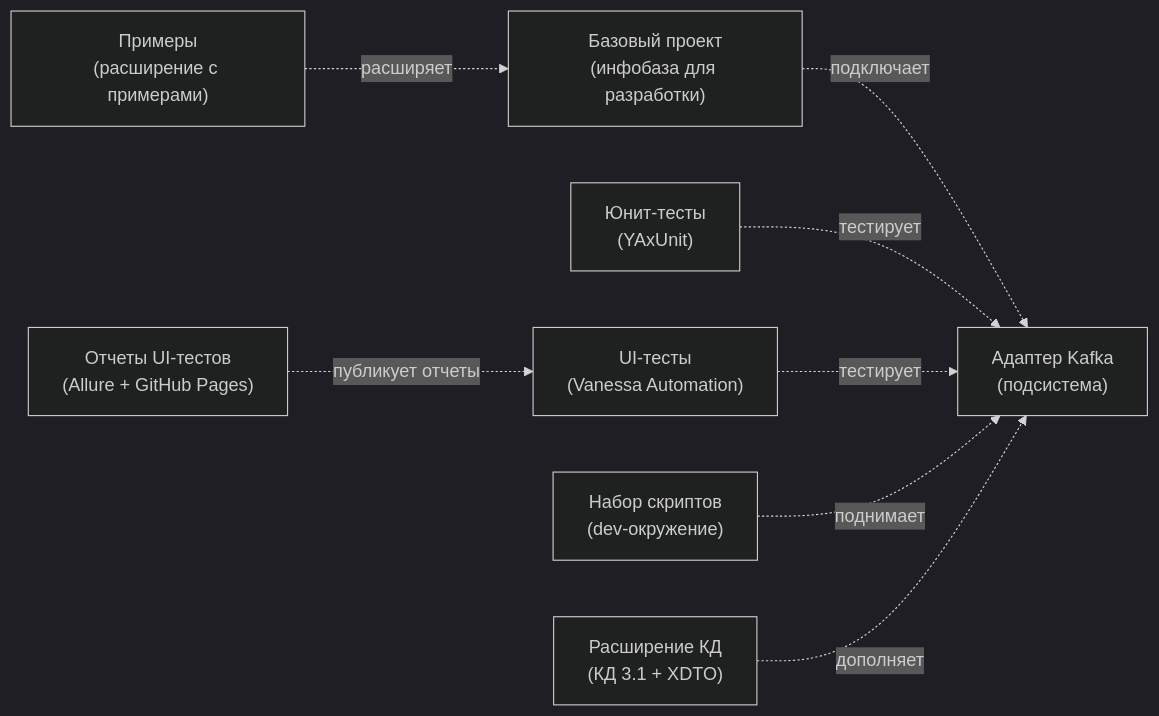
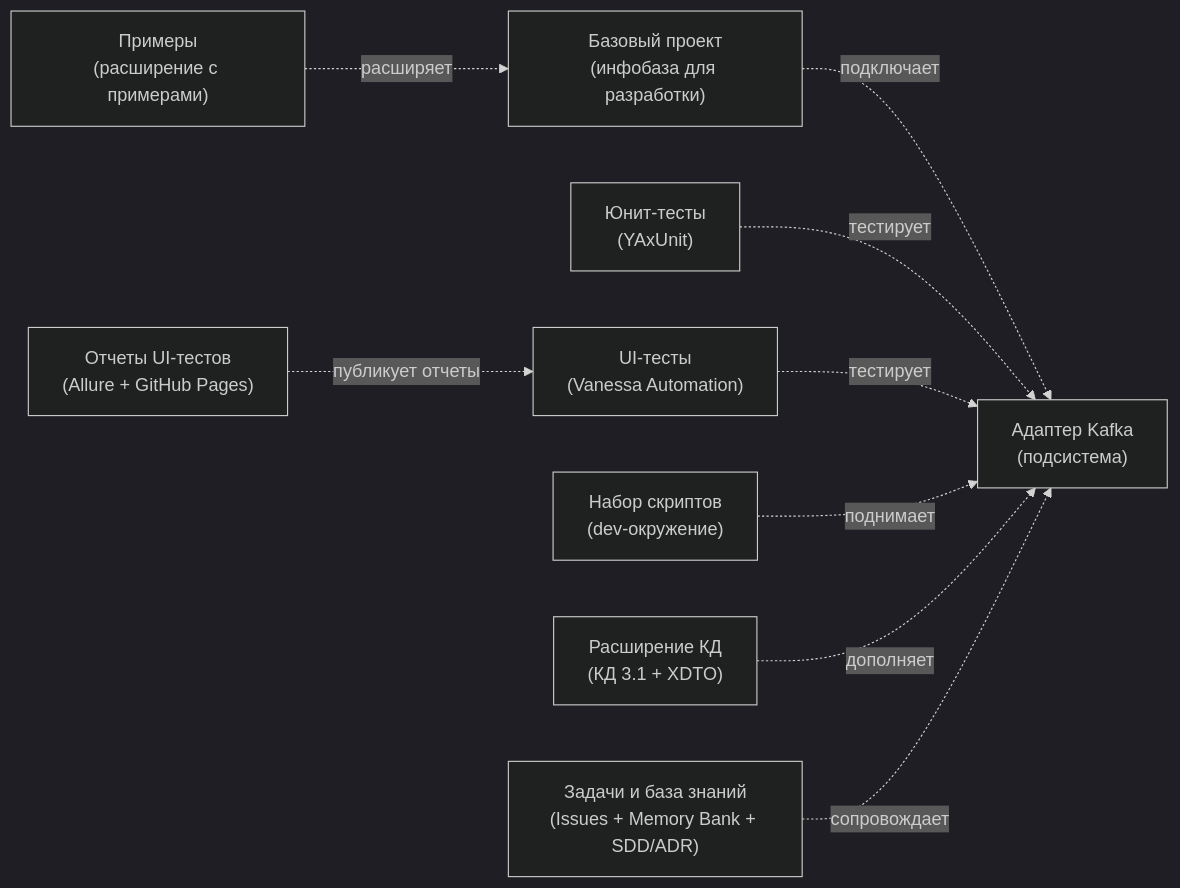
One commit to ShadobaAI/kafka-adapter changed the diagram in docs/project/repositories.md. Above: the diagram before and after it, drawn with Mermaid (dark theme). The commit also changed other lines of this file and 13 other files, not shown here.

````diff
--- a/docs/project/repositories.md
+++ b/docs/project/repositories.md
@@ -19,19 +19,21 @@
 ```mermaid
 flowchart LR
     ADAPTER["Адаптер Kafka<br/>(подсистема)"]
     BASE["Базовый проект<br/>(инфобаза для разработки)"]
     examples["Примеры<br/>(расширение с примерами)"]
     TESTS_UNIT["Юнит-тесты<br/>(YAxUnit)"]
     TESTS_UI["UI-тесты<br/>(Vanessa Automation)"]
     TESTS_UI_REPORTS["Отчеты UI-тестов<br/>(Allure + GitHub Pages)"]
     TOOLS["Набор скриптов<br/>(dev-окружение)"]
     CONV["Расширение КД<br/>(КД 3.1 + XDTO)"]
+    TASKS["Задачи и база знаний<br/>(Issues + Memory Bank + SDD/ADR)"]
 
     BASE -.подключает.-> ADAPTER
     examples -.расширяет.-> BASE
     TESTS_UNIT -.тестирует.-> ADAPTER
     TESTS_UI -.тестирует.-> ADAPTER
     TESTS_UI_REPORTS -.публикует отчеты.-> TESTS_UI
     TOOLS -.поднимает.-> ADAPTER
     CONV -.дополняет.-> ADAPTER
+    TASKS -.сопровождает.-> ADAPTER
 ```
````
